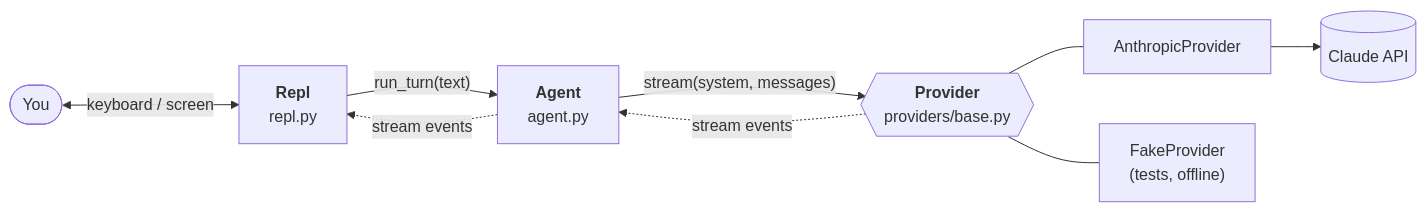
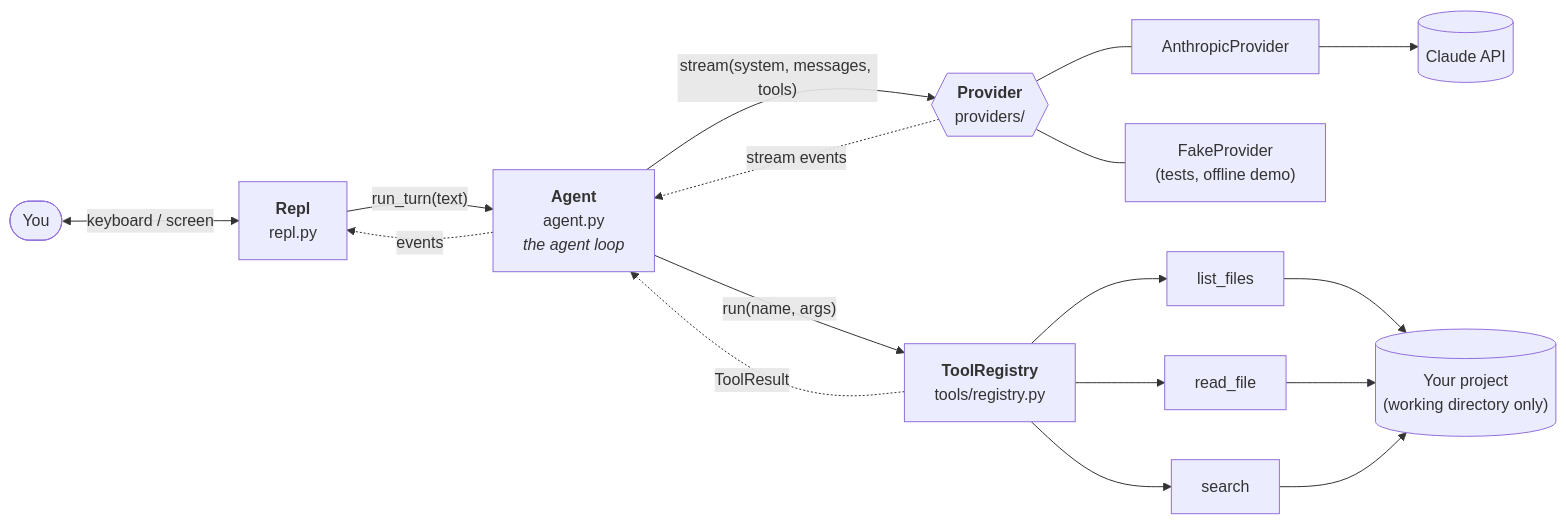
One commit to bensullivan2002/wren changed the diagram in docs/ARCHITECTURE.md. Above: the diagram before and after it, drawn with Mermaid. The commit also changed other lines of this file and 27 other files, not shown here.

First line of the commit message:
Step 2: tools and the agent loop

````diff
--- a/docs/ARCHITECTURE.md
+++ b/docs/ARCHITECTURE.md
@@ -11,10 +11,13 @@
 ```mermaid
 flowchart LR
     you([You]) <-->|keyboard / screen| repl["<b>Repl</b><br/>repl.py"]
-    repl -->|"run_turn(text)"| agent["<b>Agent</b><br/>agent.py"]
-    agent -.->|stream events| repl
-    agent -->|"stream(system, messages)"| provider{{"<b>Provider</b><br/>providers/base.py"}}
+    repl -->|"run_turn(text)"| agent["<b>Agent</b><br/>agent.py<br/><i>the agent loop</i>"]
+    agent -.->|events| repl
+    agent -->|"stream(system, messages, tools)"| provider{{"<b>Provider</b><br/>providers/"}}
     provider -.->|stream events| agent
     provider --- anthropic["AnthropicProvider"] --> api[("Claude API")]
-    provider --- fake["FakeProvider<br/>(tests, offline)"]
+    provider --- fake["FakeProvider<br/>(tests, offline demo)"]
+    agent -->|"run(name, args)"| registry["<b>ToolRegistry</b><br/>tools/registry.py"]
+    registry -.->|ToolResult| agent
+    registry --> t1["list_files"] & t2["read_file"] & t3["search"] --> fs[("Your project<br/>(working directory only)")]
 ```
````
